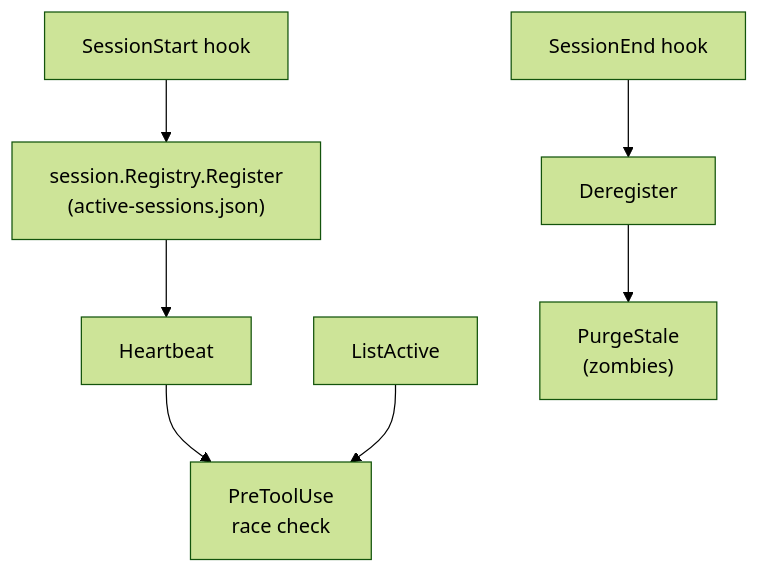
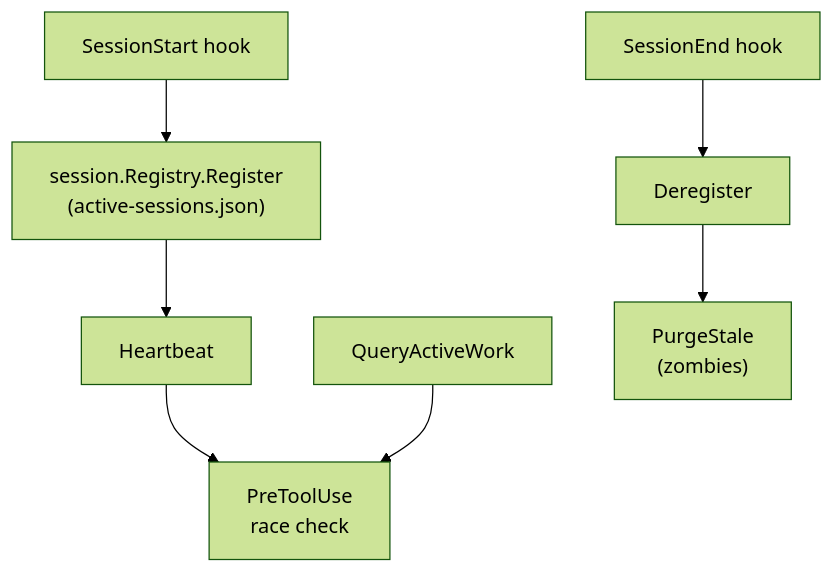
Before and after one commit to modu-ai/moai-adk: the sixth of 9 diagrams in .moai/project/codemaps/data-flow.md, drawn with Mermaid (forest theme). The commit also changed other lines of this file and 2 other files, not shown here.

First line of the commit message:
fix(SPEC-CODEMAPS-ACCURACY-001): M2 codemaps fact repairs — kanban merge, ListActive API, bodp note format (t304)

````diff
--- a/.moai/project/codemaps/data-flow.md
+++ b/.moai/project/codemaps/data-flow.md
@@ -191,18 +191,18 @@
 ```mermaid
 flowchart TD
     A["SessionStart hook"]
     B["session.Registry.Register<br/>(active-sessions.json)"]
     C["Heartbeat"]
     D["PreToolUse<br/>race check"]
-    E["ListActive"]
+    E["QueryActiveWork"]
     F["SessionEnd hook"]
     G["Deregister"]
     H["PurgeStale<br/>(zombies)"]
     
     A --> B
     B --> C
     C --> D
     E --> D
     F --> G
     G --> H
 ```
````
